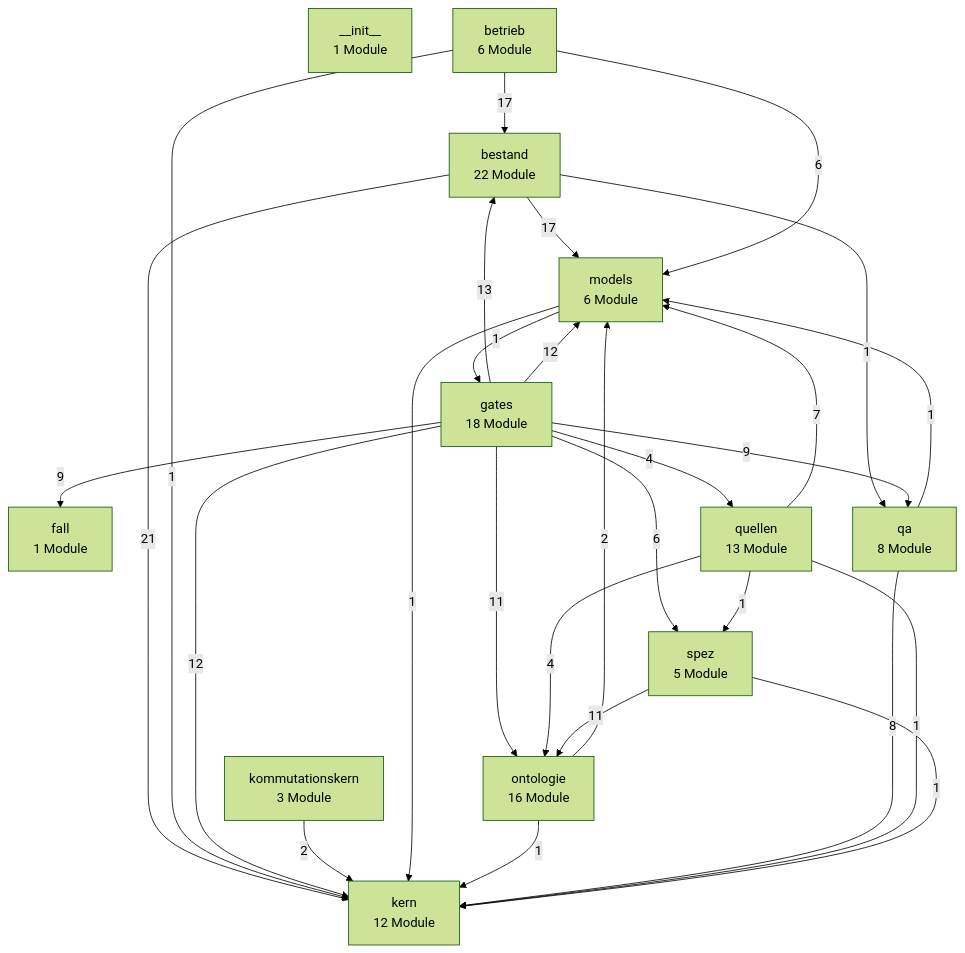
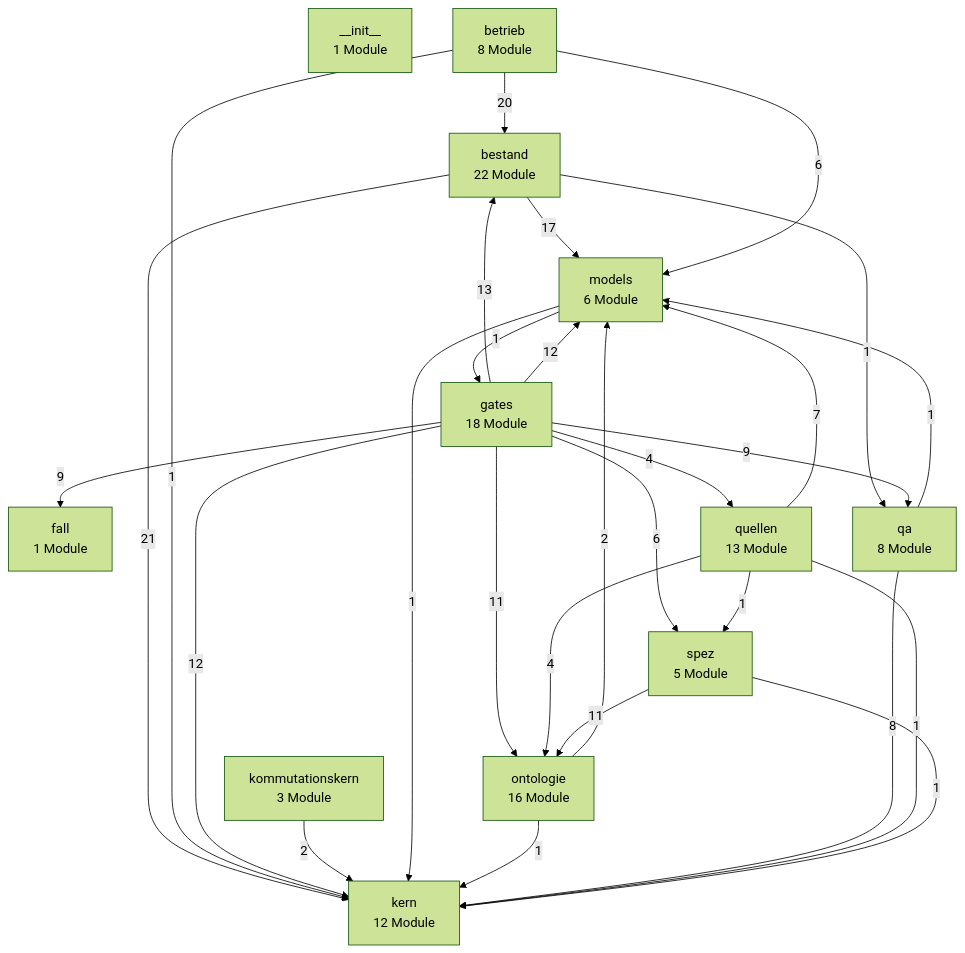
One commit to bartlmac/rechner-pipeline changed the first of 3 diagrams in docs/architektur/landkarte.md. Above: the diagram before and after it, drawn with Mermaid (forest theme). The commit also changed other lines of this file and 10 other files, not shown here.

````diff
--- a/docs/architektur/landkarte.md
+++ b/docs/architektur/landkarte.md
@@ -27,43 +27,43 @@
 ```mermaid
 %% Schichten — erzeugt von ontologie.landkarte
 flowchart TD
     n__init__["__init__<br/>1 Module"]
     bestand["bestand<br/>22 Module"]
-    betrieb["betrieb<br/>6 Module"]
+    betrieb["betrieb<br/>8 Module"]
     fall["fall<br/>1 Module"]
     gates["gates<br/>18 Module"]
     kern["kern<br/>12 Module"]
     kommutationskern["kommutationskern<br/>3 Module"]
     models["models<br/>6 Module"]
     ontologie["ontologie<br/>16 Module"]
     qa["qa<br/>8 Module"]
     quellen["quellen<br/>13 Module"]
     spez["spez<br/>5 Module"]
     bestand -- 21 --> kern
     bestand -- 17 --> models
     bestand -- 1 --> qa
-    betrieb -- 17 --> bestand
+    betrieb -- 20 --> bestand
     betrieb -- 1 --> kern
     betrieb -- 6 --> models
     gates -- 13 --> bestand
     gates -- 9 --> fall
     gates -- 12 --> kern
     gates -- 12 --> models
     gates -- 11 --> ontologie
     gates -- 9 --> qa
     gates -- 4 --> quellen
     gates -- 6 --> spez
     kommutationskern -- 2 --> kern
     models -- 1 --> gates
     models -- 1 --> kern
     ontologie -- 1 --> kern
     ontologie -- 2 --> models
     qa -- 8 --> kern
     qa -- 1 --> models
     quellen -- 1 --> kern
     quellen -- 7 --> models
     quellen -- 4 --> ontologie
     quellen -- 1 --> spez
     spez -- 1 --> kern
     spez -- 11 --> ontologie
 ```
````
